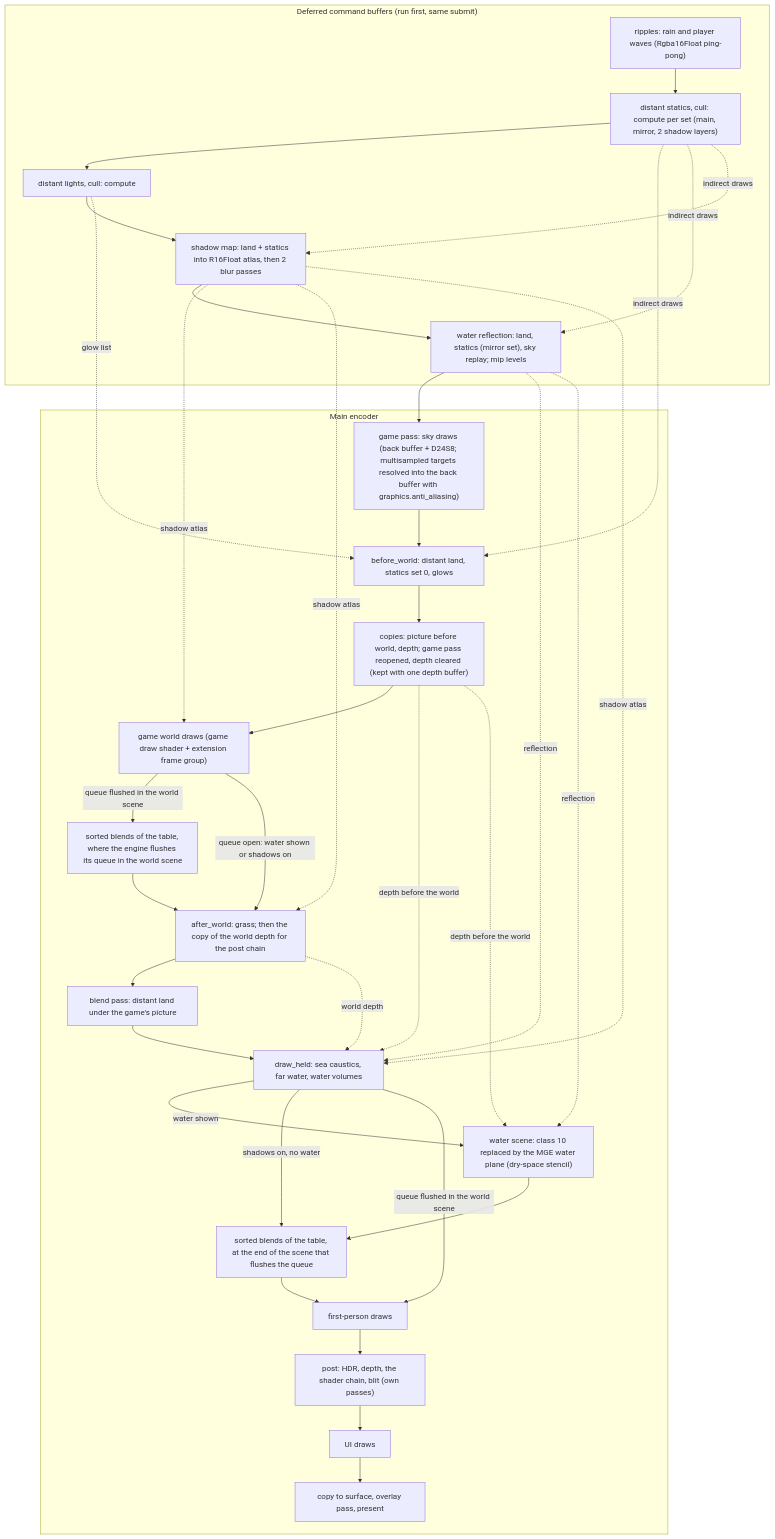
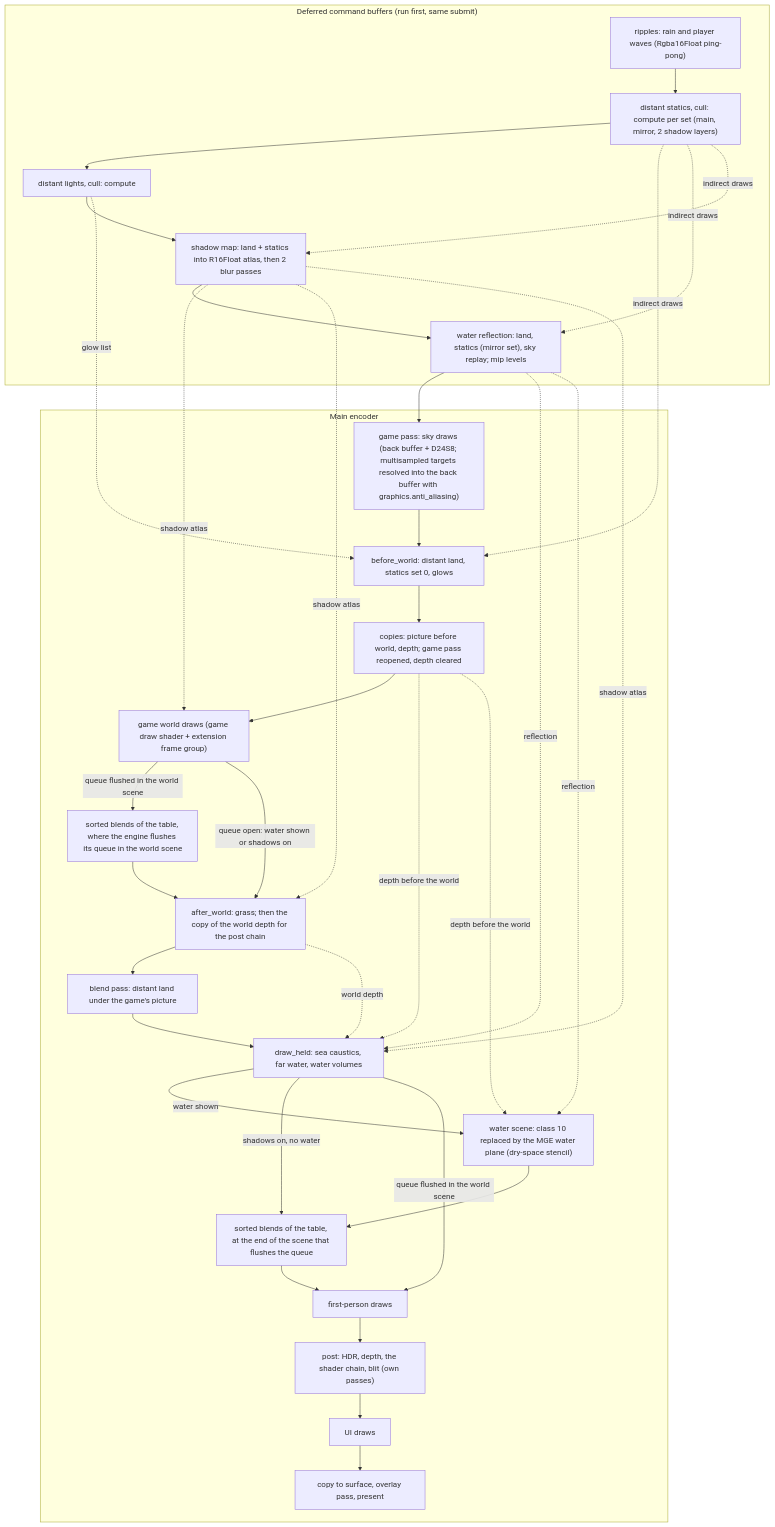
One commit to StormAtronach/MGE-XE-G7 changed the diagram in docs/architecture/wgpu-renderer.md. Above: the diagram before and after it, drawn with Mermaid. The commit also changed 2 other files, not shown here.

First paragraph of the commit message:
Delete depth step 6 from the helper's renderer (W142)
The owner's decision D186: depth step 6, the one depth buffer, goes from
feature/wgpu-renderer. It stays on the branch feature/depth-one-buffer
(e6523c8).

````diff
--- a/docs/architecture/wgpu-renderer.md
+++ b/docs/architecture/wgpu-renderer.md
@@ -156,47 +156,47 @@
 ```mermaid
 flowchart TD
     subgraph deferred["Deferred command buffers (run first, same submit)"]
         R["ripples: rain and player waves (Rgba16Float ping-pong)"]
         C["distant statics, cull: compute per set (main, mirror, 2 shadow layers)"]
         L["distant lights, cull: compute"]
         S["shadow map: land + statics into R16Float atlas, then 2 blur passes"]
         W["water reflection: land, statics (mirror set), sky replay; mip levels"]
     end
     subgraph main["Main encoder"]
         P0["game pass: sky draws (back buffer + D24S8; multisampled targets resolved into the back buffer with graphics.anti_aliasing)"]
         P1["before_world: distant land, statics set 0, glows"]
-        P2["copies: picture before world, depth; game pass reopened, depth cleared (kept with one depth buffer)"]
+        P2["copies: picture before world, depth; game pass reopened, depth cleared"]
         P3["game world draws (game draw shader + extension frame group)"]
         P4["sorted blends of the table, where the engine flushes its queue in the world scene"]
         P5["after_world: grass; then the copy of the world depth for the post chain"]
         P6["blend pass: distant land under the game's picture"]
         P7["draw_held: sea caustics, far water, water volumes"]
         P8["water scene: class 10 replaced by the MGE water plane (dry-space stencil)"]
         P9["sorted blends of the table, at the end of the scene that flushes the queue"]
         P10["first-person draws"]
         P11["post: HDR, depth, the shader chain, blit (own passes)"]
         P12["UI draws"]
         P13["copy to surface, overlay pass, present"]
     end
     R --> C --> L --> S --> W --> P0
     P0 --> P1 --> P2 --> P3
     P3 -- "queue flushed in the world scene" --> P4 --> P5
     P3 -- "queue open: water shown or shadows on" --> P5
     P5 --> P6 --> P7
     P7 -- "water shown" --> P8 --> P9 --> P10
     P7 -- "shadows on, no water" --> P9
     P7 -- "queue flushed in the world scene" --> P10
     P10 --> P11 --> P12 --> P13
     S -. shadow atlas .-> P3
     S -. shadow atlas .-> P5
     S -. shadow atlas .-> P7
     W -. reflection .-> P7
     W -. reflection .-> P8
     C -. indirect draws .-> P1
     C -. indirect draws .-> W
     C -. indirect draws .-> S
     L -. glow list .-> P1
     P2 -. depth before the world .-> P7
     P2 -. depth before the world .-> P8
     P5 -. world depth .-> P7
 ```
````
